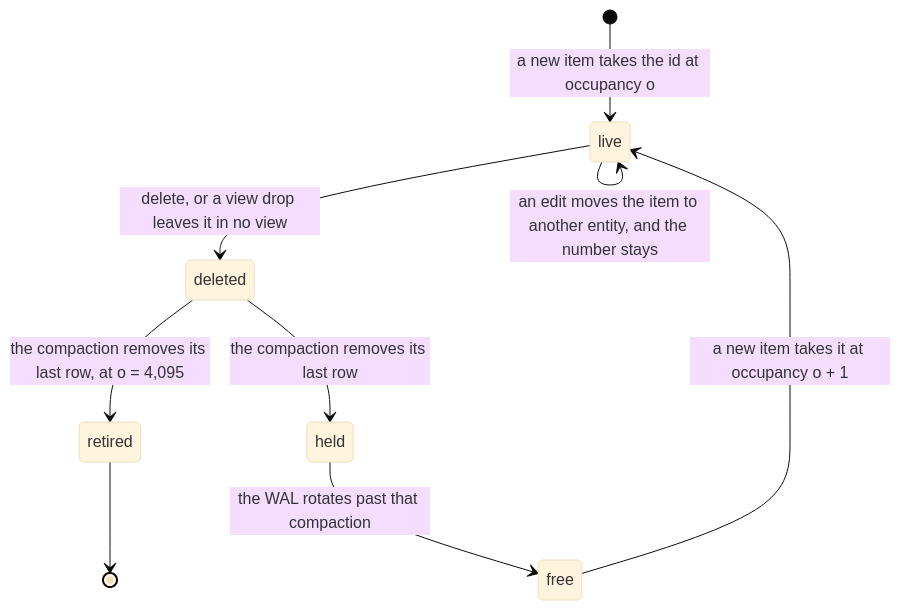
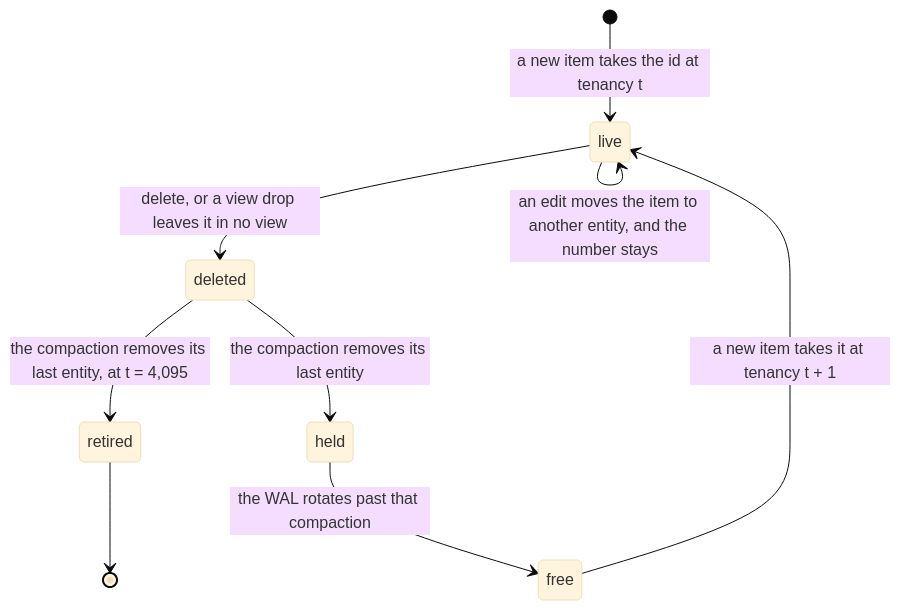
One commit to jennis0/tesseradb changed the first of 5 diagrams in docs/sharding.md. Above: the diagram before and after it, drawn with Mermaid (base theme). The commit also changed other lines of this file, not shown here.

First line of the commit message:
Sharding plan: the tenancy index, and where reuse is checked

````diff
--- a/docs/sharding.md
+++ b/docs/sharding.md
@@ -128,11 +155,11 @@
 ```mermaid
 stateDiagram-v2
-  [*] --> live: a new item takes the id at occupancy o
+  [*] --> live: a new item takes the id at tenancy t
   live --> live: an edit moves the item to another entity, and the number stays
   live --> deleted: delete, or a view drop leaves it in no view
-  deleted --> held: the compaction removes its last row
+  deleted --> held: the compaction removes its last entity
   held --> free: the WAL rotates past that compaction
-  free --> live: a new item takes it at occupancy o + 1
-  deleted --> retired: the compaction removes its last row, at o = 4,095
+  free --> live: a new item takes it at tenancy t + 1
+  deleted --> retired: the compaction removes its last entity, at t = 4,095
   retired --> [*]
 ```
````
